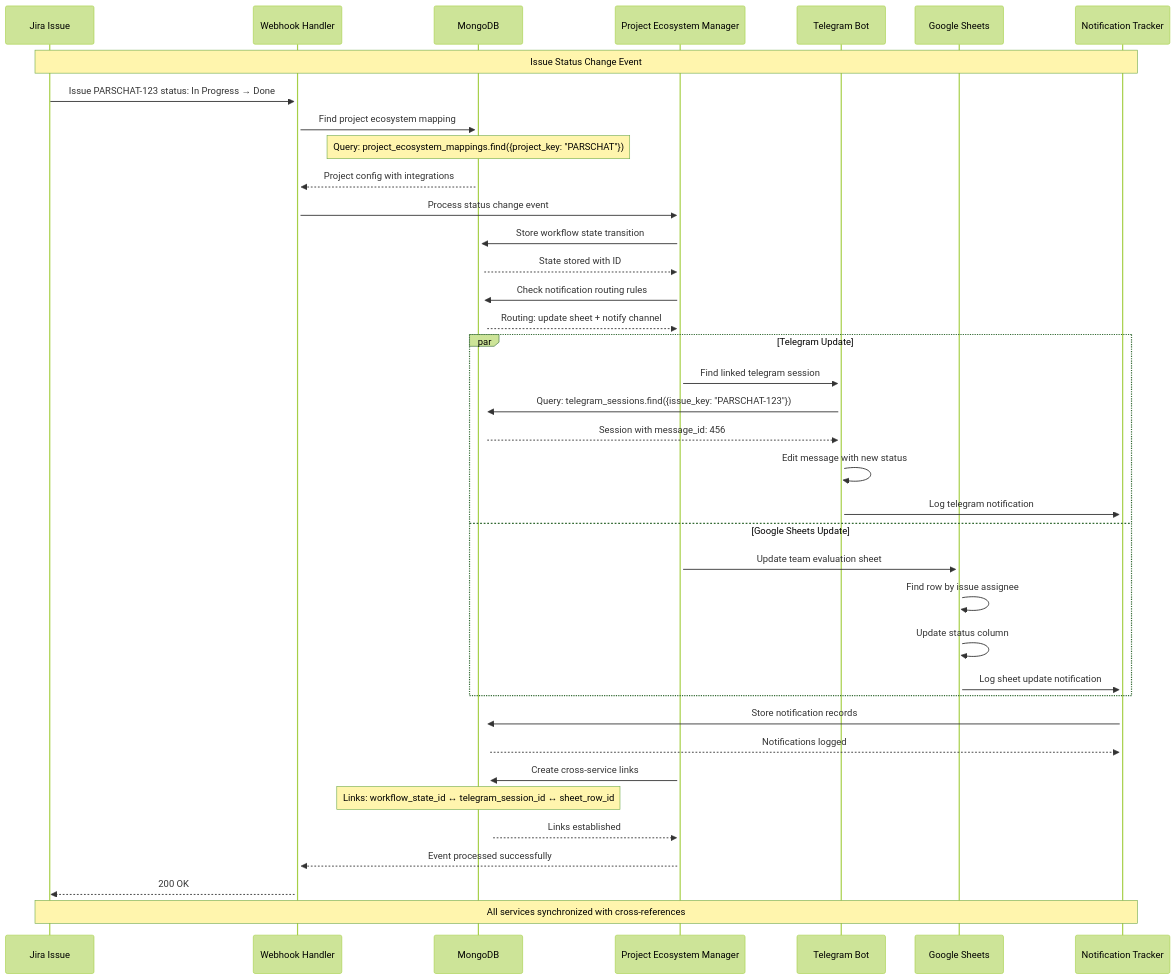
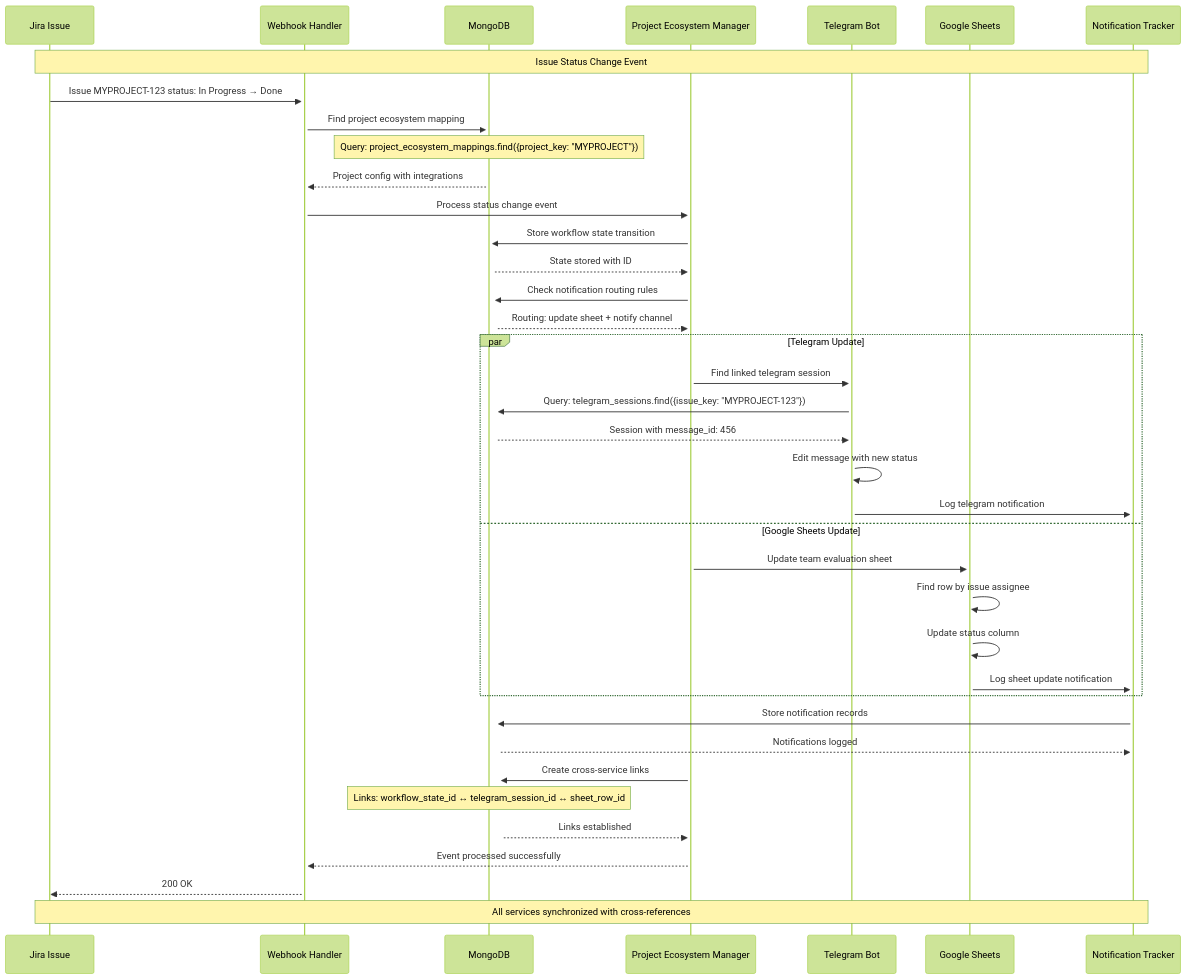
Before and after one commit to alikaz3mi/jira-telegram-bot: the fifth of 8 diagrams in docs/infrastructure/mongodb/mongodb-architecture-diagrams.md, drawn with Mermaid (forest theme). The commit also changed other lines of this file and 80 other files, not shown here.

First line of the commit message:
Refactor project key references

````diff
--- a/docs/infrastructure/mongodb/mongodb-architecture-diagrams.md
+++ b/docs/infrastructure/mongodb/mongodb-architecture-diagrams.md
@@ -436,56 +436,56 @@
 ```mermaid
 sequenceDiagram
     participant J as Jira Issue
     participant WH as Webhook Handler
     participant DB as MongoDB
     participant PEM as Project Ecosystem Manager
     participant T as Telegram Bot
     participant G as Google Sheets
     participant N as Notification Tracker
 
     Note over J,N: Issue Status Change Event
 
     %% Initial event
-    J->>+WH: Issue PARSCHAT-123 status: In Progress → Done
+    J->>+WH: Issue MYPROJECT-123 status: In Progress → Done
     WH->>+DB: Find project ecosystem mapping
 
-    Note over DB: Query: project_ecosystem_mappings.find({project_key: "PARSCHAT"})
+    Note over DB: Query: project_ecosystem_mappings.find({project_key: "MYPROJECT"})
 
     DB-->>WH: Project config with integrations
     WH->>+PEM: Process status change event
 
     %% Project ecosystem processing
     PEM->>+DB: Store workflow state transition
     DB-->>PEM: State stored with ID
 
     PEM->>+DB: Check notification routing rules
     DB-->>PEM: Routing: update sheet + notify channel
 
     %% Parallel service updates
     par Telegram Update
         PEM->>+T: Find linked telegram session
-        T->>DB: Query: telegram_sessions.find({issue_key: "PARSCHAT-123"})
+        T->>DB: Query: telegram_sessions.find({issue_key: "MYPROJECT-123"})
         DB-->>T: Session with message_id: 456
         T->>T: Edit message with new status
         T->>+N: Log telegram notification
     and Google Sheets Update
         PEM->>+G: Update team evaluation sheet
         G->>G: Find row by issue assignee
         G->>G: Update status column
         G->>+N: Log sheet update notification
     end
 
     %% Notification tracking
     N->>+DB: Store notification records
     DB-->>N: Notifications logged
 
     %% Cross-reference linking
     PEM->>+DB: Create cross-service links
     Note over DB: Links: workflow_state_id ↔ telegram_session_id ↔ sheet_row_id
     DB-->>PEM: Links established
 
     PEM-->>WH: Event processed successfully
     WH-->>J: 200 OK
 
     Note over J,N: All services synchronized with cross-references
 ```
````
